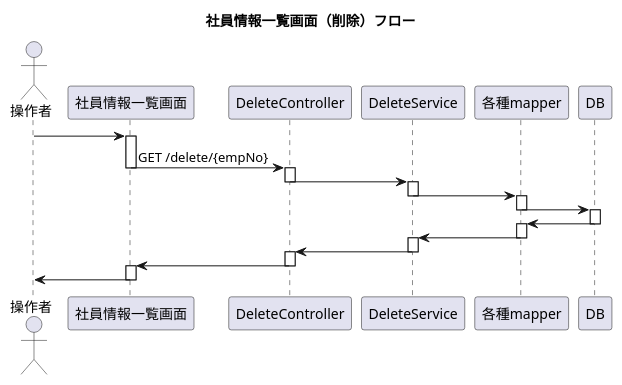
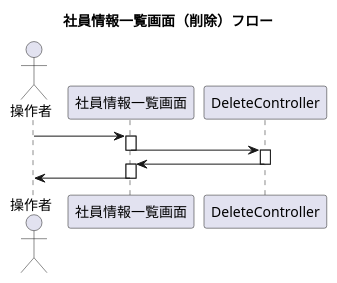
One commit to ito-i1-kenta/jnaWebCourse changed the diagram in docs/sequence/社員情報一覧画面（削除）.puml. Above: the diagram before and after it, drawn with PlantUML. The commit also changed 74 other files, not shown here.

```diff
--- a/docs/sequence/社員情報一覧画面（削除）.puml
+++ b/docs/sequence/社員情報一覧画面（削除）.puml
@@ -1,44 +1,20 @@
 @startuml
 title 社員情報一覧画面（削除）フロー
 
 Actor "操作者" as User
 
 User -> 社員情報一覧画面
 
 activate 社員情報一覧画面
-社員情報一覧画面 -> DeleteController:GET /delete/{empNo}
+社員情報一覧画面 -> DeleteController
 deactivate 社員情報一覧画面
-
-activate DeleteController
-DeleteController -> DeleteService
-deactivate DeleteController
-
-activate DeleteService
-DeleteService -> 各種mapper
-deactivate DeleteService
-
-activate 各種mapper
-各種mapper -> DB
-deactivate 各種mapper
-
-activate DB
-各種mapper <- DB
-deactivate DB
-
-activate 各種mapper
-DeleteService <- 各種mapper
-deactivate 各種mapper
-
-activate DeleteService
-DeleteController <- DeleteService
-deactivate DeleteService
 
 activate DeleteController
 社員情報一覧画面 <- DeleteController
 deactivate DeleteController
 
 activate 社員情報一覧画面
 User <- 社員情報一覧画面
 deactivate 社員情報一覧画面
 
 @enduml
```
